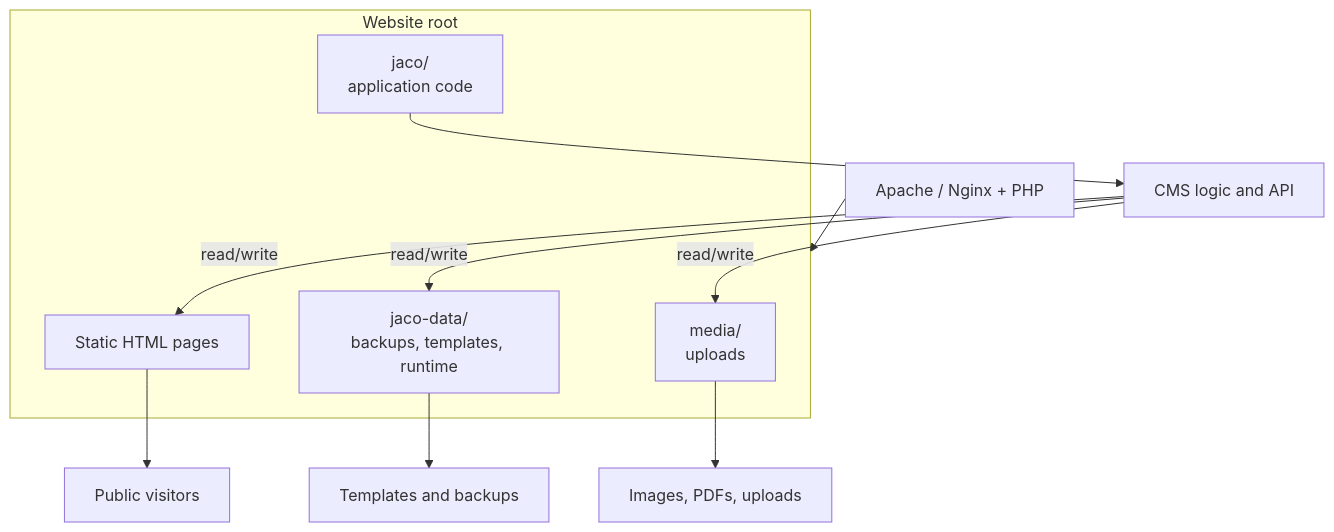
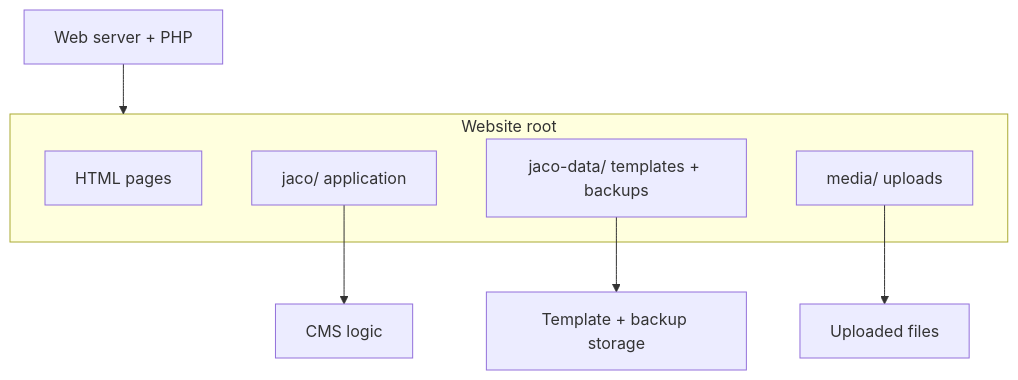
The fifth of 5 diagrams in docs/ARCHITECTURE.md (tbreuss/jaco-cms), drawn with Mermaid before and after one commit. The commit also changed other lines of this file, not shown here.

Commit message:
Compress the architecture overview into a concise, non-redundant system overview for docs/ARCHITECTURE.md

````diff
--- a/docs/ARCHITECTURE.md
+++ b/docs/ARCHITECTURE.md
@@ -142,20 +115,14 @@
 ```mermaid
 flowchart TB
     subgraph WebRoot[Website root]
-        Site[Static HTML pages]
-        JacoDir[jaco/\napplication code]
-        DataDir[jaco-data/\nbackups, templates, runtime]
-        MediaDir[media/\nuploads]
+        Site[HTML pages]
+        Jaco[jaco/ application]
+        Data[jaco-data/ templates + backups]
+        Media[media/ uploads]
     end
 
-    Server[Apache / Nginx + PHP] --> WebRoot
-    Site --> Browser[Public visitors]
-
-    JacoDir --> App[CMS logic and API]
-    DataDir --> Templates[Templates and backups]
-    MediaDir --> Assets[Images, PDFs, uploads]
-
-    App -->|read/write| Site
-    App -->|read/write| DataDir
-    App -->|read/write| MediaDir
+    Server[Web server + PHP] --> WebRoot
+    Jaco --> App[CMS logic]
+    Data --> Templates[Template + backup storage]
+    Media --> Assets[Uploaded files]
 ```
````
